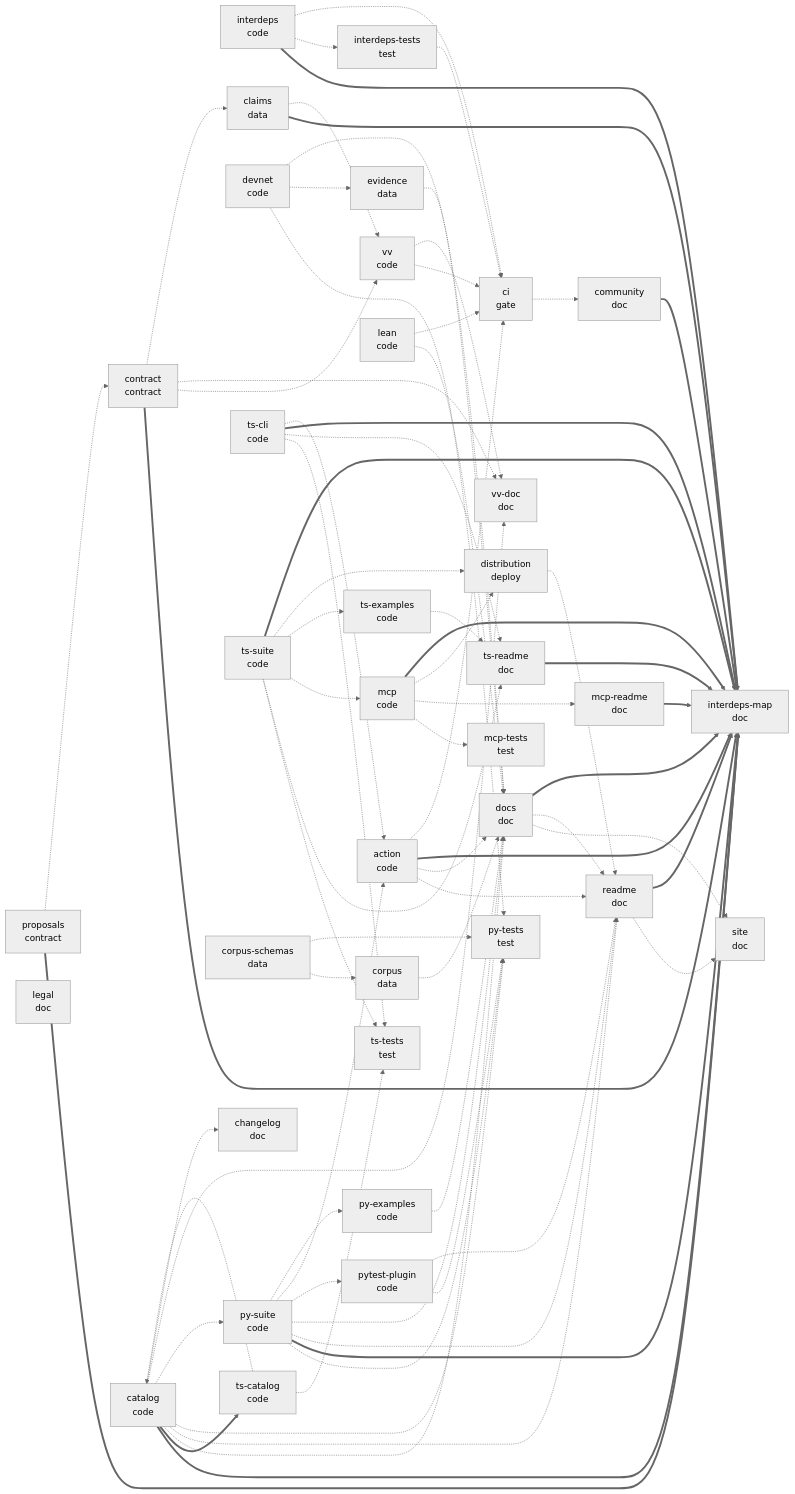
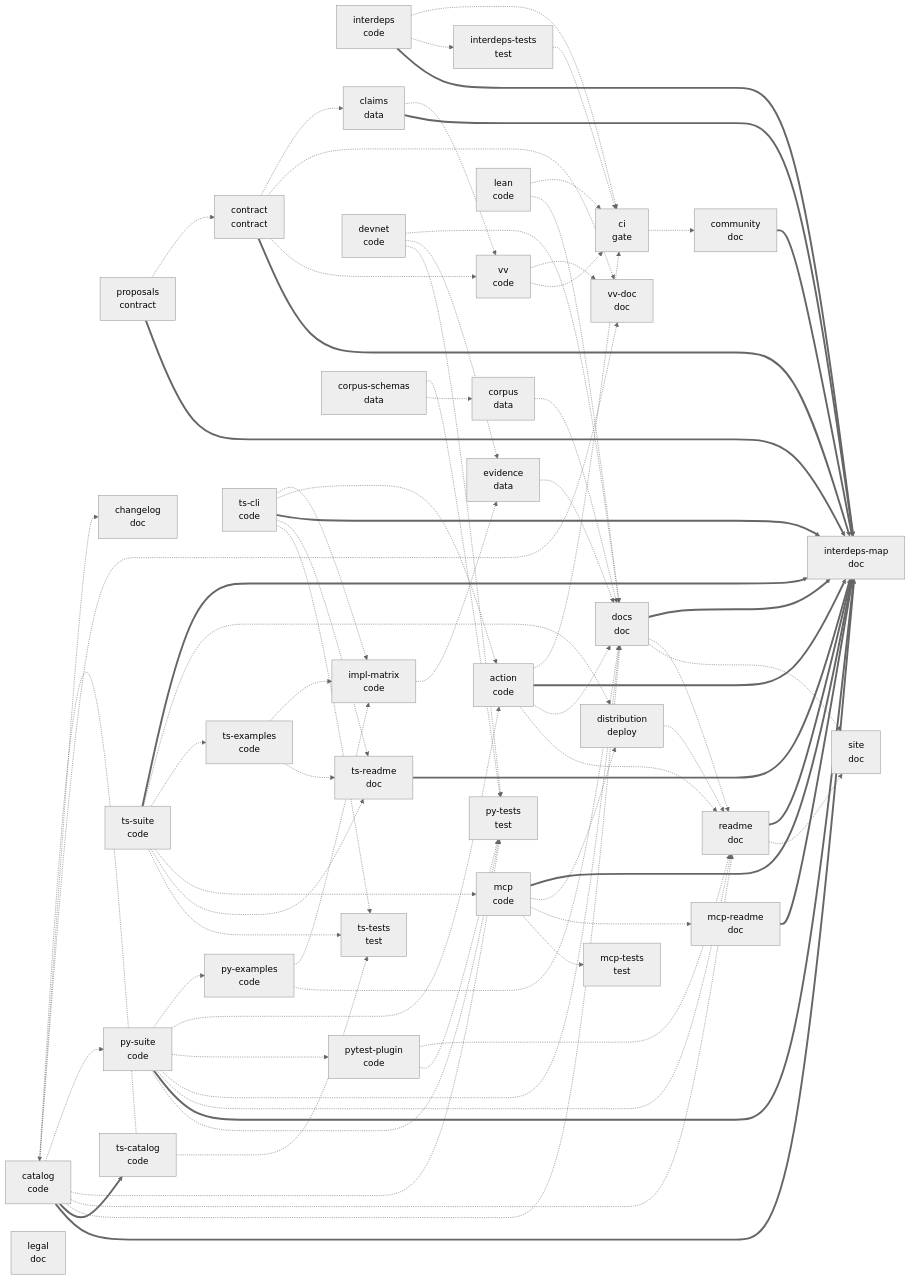
The second of 2 diagrams in docs/INTERDEPENDENCY.md (atsp-protocol/x402-conformance), drawn with Mermaid (neutral theme) before and after one commit. The commit also changed other lines of this file and 18 other files, not shown here.

````diff
--- a/docs/INTERDEPENDENCY.md
+++ b/docs/INTERDEPENDENCY.md
@@ -338,6 +338,7 @@
   corpus_schemas["corpus-schemas<br/>data"]
   corpus["corpus<br/>data"]
   evidence["evidence<br/>data"]
+  impl_matrix["impl-matrix<br/>code"]
   readme["readme<br/>doc"]
   changelog["changelog<br/>doc"]
   docs["docs<br/>doc"]
@@ -416,4 +417,8 @@
   community ==> interdeps_map
   ci -.-> community
   distribution -.-> readme
+  ts_cli -.-> impl_matrix
+  ts_examples -.-> impl_matrix
+  py_examples -.-> impl_matrix
+  impl_matrix -.-> evidence
 ```
````
